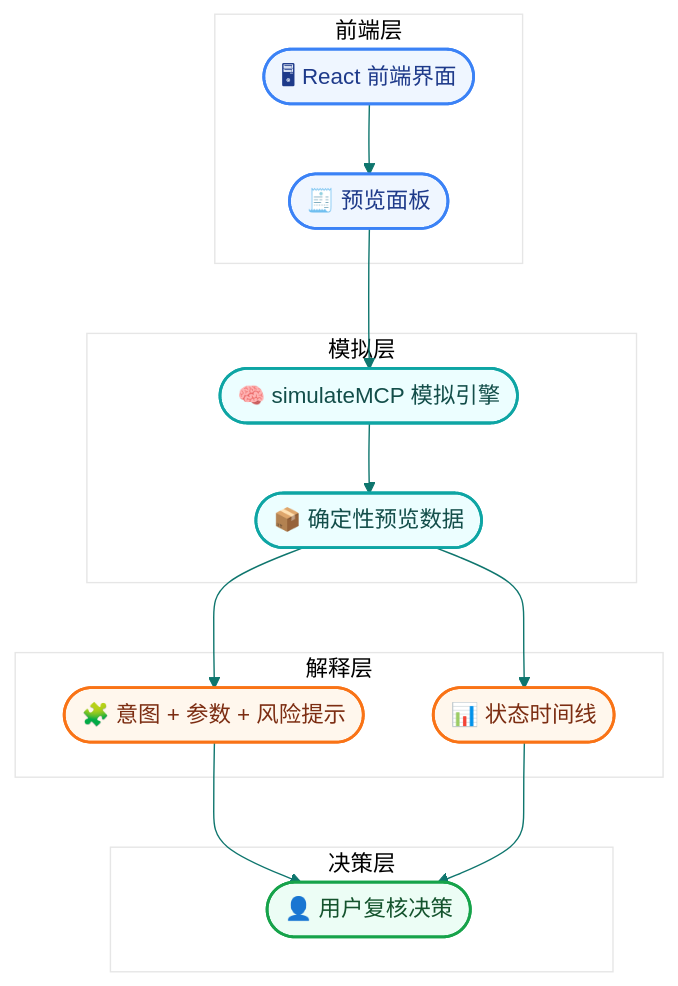
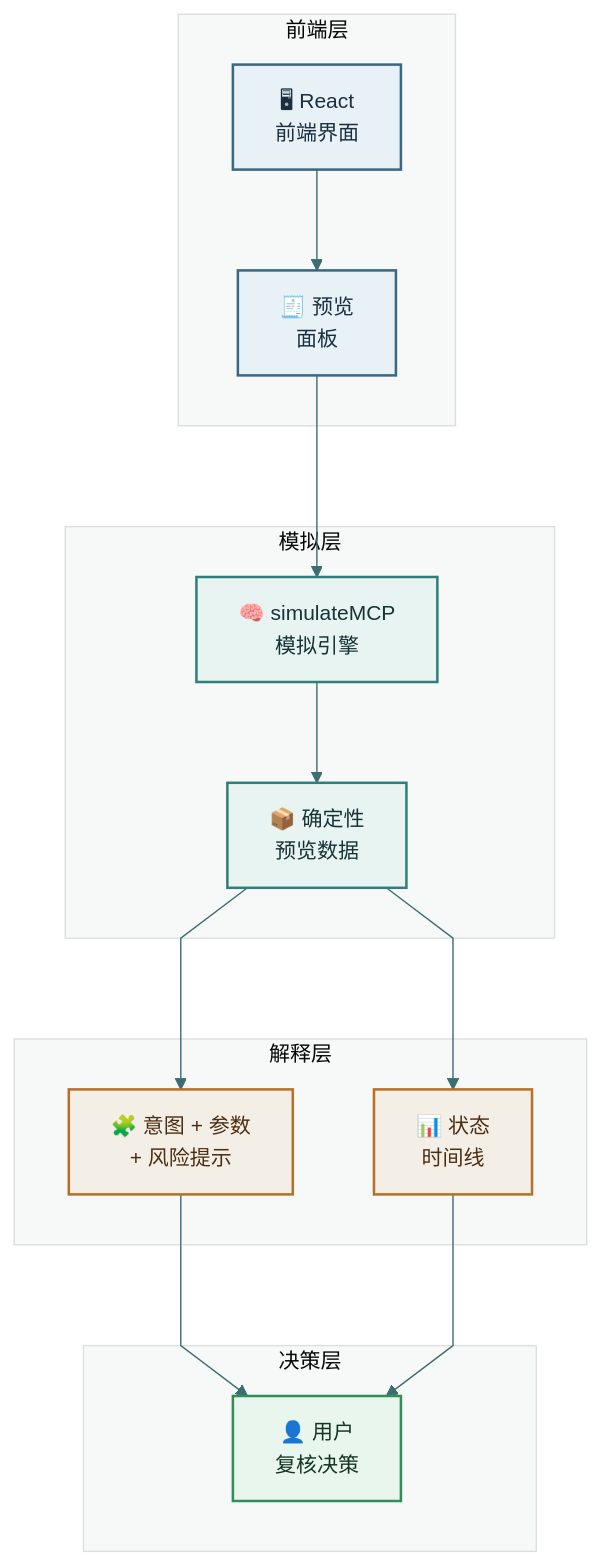
The eighth of 8 diagrams in README.md (sunshineluyao/Moss-Mcp-Transaction), drawn with Mermaid before and after one commit. The commit also changed other lines of this file, not shown here.

Commit message:
docs: improve mermaid readability and dark-light harmony

````diff
--- a/README.md
+++ b/README.md
@@ -667,34 +667,34 @@
 ```mermaid
-%%{init: {'theme':'base','themeVariables': {'fontFamily':'Trebuchet MS, Segoe UI, sans-serif','primaryColor':'#f0fdfa','primaryBorderColor':'#14b8a6','primaryTextColor':'#0f172a','lineColor':'#0f766e','secondaryColor':'#f8fafc','tertiaryColor':'#ffffff'}}}%%
+%%{init: {'theme':'base','flowchart': {'htmlLabels': true, 'nodeSpacing': 58, 'rankSpacing': 72, 'curve': 'linear'},'themeVariables': {'fontFamily':'Trebuchet MS, Segoe UI, sans-serif','fontSize':'15px','primaryColor':'#e8f4f2','primaryBorderColor':'#2f7f7a','primaryTextColor':'#142022','lineColor':'#3d6d70','secondaryColor':'#edf2f4','tertiaryColor':'#f7f8f8'}}}%%
 flowchart TB
   subgraph L1[前端层]
-    UI([🖥 React 前端界面]) --> Preview([🧾 预览面板])
+    UI["🖥 React<br/>前端界面"] --> Preview["🧾 预览<br/>面板"]
   end
 
   subgraph L2[模拟层]
-    Engine([🧠 simulateMCP 模拟引擎]) --> Data([📦 确定性预览数据])
+    Engine["🧠 simulateMCP<br/>模拟引擎"] --> Data["📦 确定性<br/>预览数据"]
   end
 
   subgraph L3[解释层]
-    Cards([🧩 意图 + 参数 + 风险提示])
-    Timeline([📊 状态时间线])
+    Cards["🧩 意图 + 参数<br/>+ 风险提示"]
+    Timeline["📊 状态<br/>时间线"]
   end
 
   subgraph L4[决策层]
-    User([👤 用户复核决策])
+    User["👤 用户<br/>复核决策"]
   end
 
   Preview --> Engine
   Data --> Cards --> User
   Data --> Timeline --> User
 
-  classDef frontend fill:#eff6ff,stroke:#3b82f6,stroke-width:2px,color:#1e3a8a;
-  classDef sim fill:#ecfeff,stroke:#0ea5a4,stroke-width:2px,color:#134e4a;
-  classDef explain fill:#fff7ed,stroke:#f97316,stroke-width:2px,color:#7c2d12;
-  classDef decision fill:#ecfdf5,stroke:#16a34a,stroke-width:2px,color:#14532d;
+  classDef frontend fill:#e8f1f6,stroke:#3a6784,stroke-width:1.8px,color:#1a2f42;
+  classDef sim fill:#e8f4f2,stroke:#2f7f7a,stroke-width:1.8px,color:#163336;
+  classDef explain fill:#f4efe6,stroke:#b86f28,stroke-width:1.8px,color:#4d2e13;
+  classDef decision fill:#e9f6ed,stroke:#2f8f57,stroke-width:1.8px,color:#153523;
 
   class UI,Preview frontend;
   class Engine,Data sim;
   class Cards,Timeline explain;
   class User decision;
 ```
````
